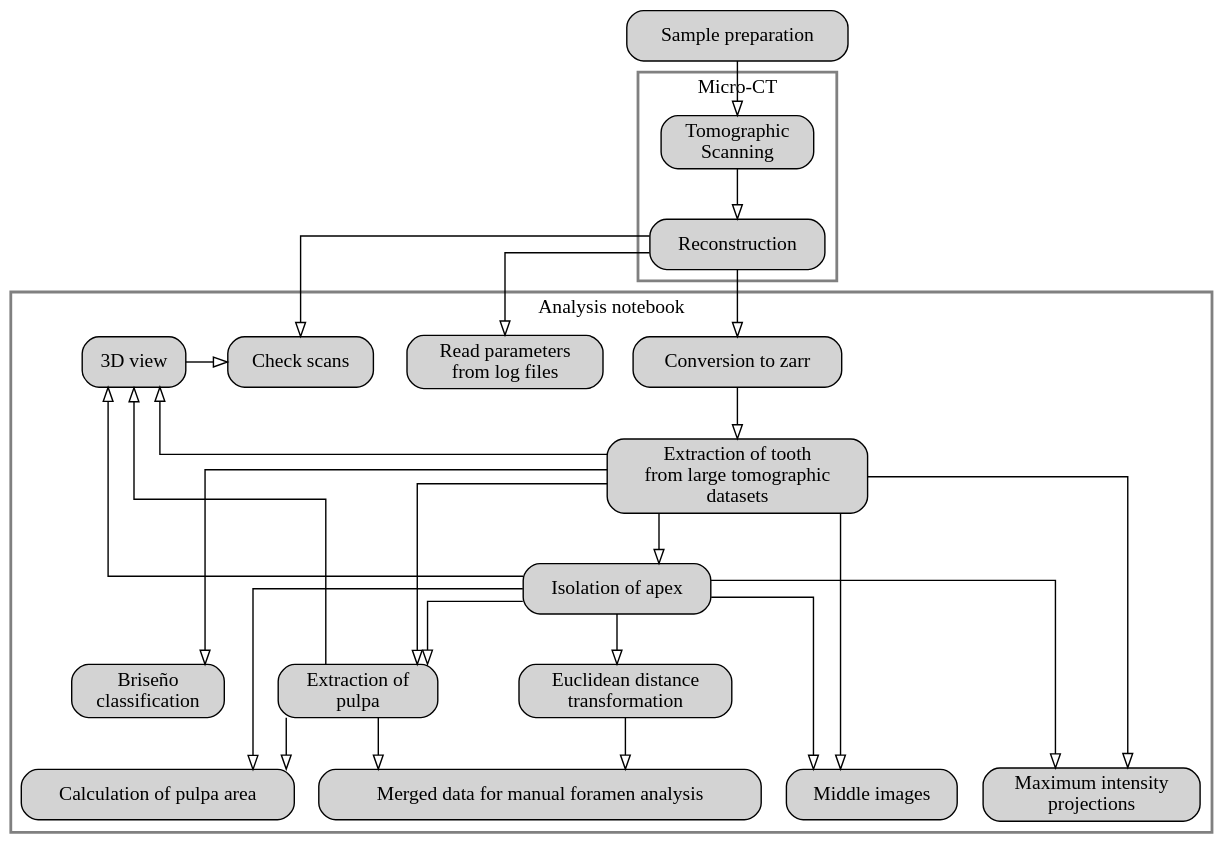
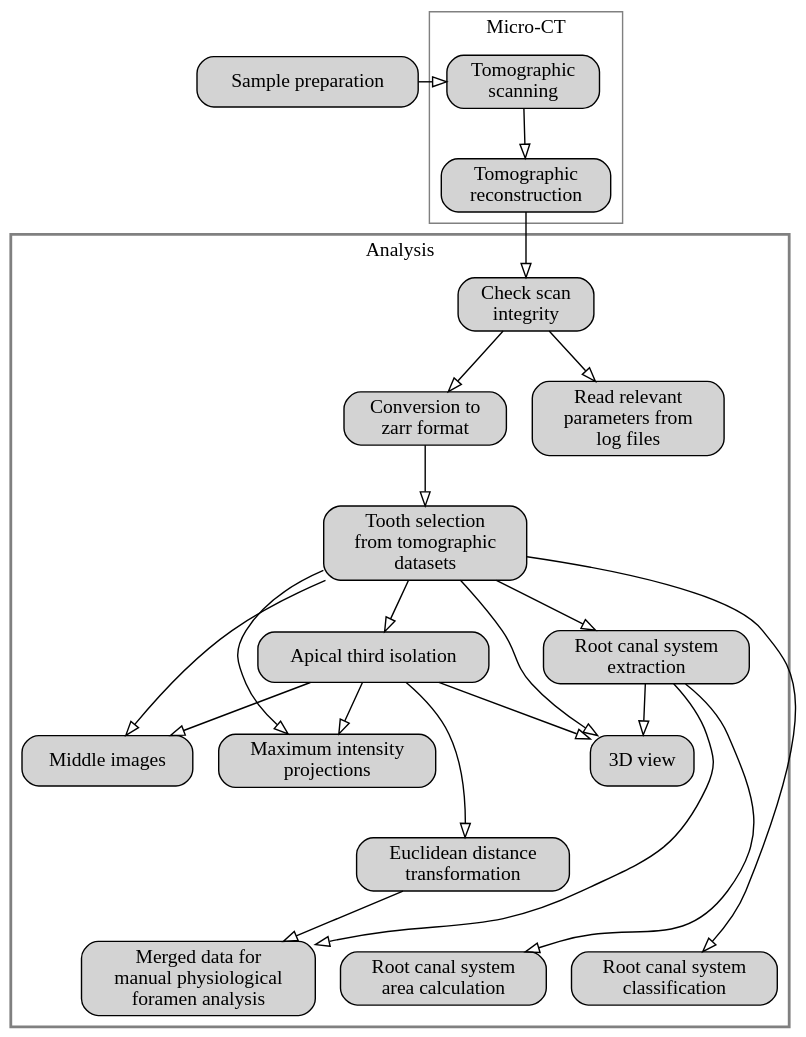
The diagram in content/workflow.dot (habi/zmk-tooth-cohort-method-manuscript), drawn with Graphviz before and after one commit. The commit also changed 2 other files, not shown here.

Commit message:
Add workflow graph
The workflow was requested by Reviewer1.
Let's add it to the manuscript at the beginning of the M&M section.

Fixes #14

```diff
--- a/content/workflow.dot
+++ b/content/workflow.dot
@@ -1,89 +1,107 @@
 # compile to png with
-# dot workflow.dot -Tpng -o workflow.png
+# dot workflow.dot -Tpng -o images/workflow.png
 digraph Workflow {
+    
+    ordering=out  # Order as given in text: https://forum.graphviz.org/t/ordering-nodes-dot/280
 
-    splines=ortho;
+    #splines=false;
+    #splines=ortho;
+    #splines=polyline
     bgcolor=transparent;
-    #newrank=true; # https://stackoverflow.com/a/18410951/323100
+    newrank=true; # https://stackoverflow.com/a/18410951/323100
 
     edge [arrowhead = o];
     node [shape=box, style="rounded,filled"];
 
     prep [label="Sample preparation"];
     
     subgraph cluster_uct {
         label = "Micro-CT";
         color=grey;
-        penwidth=2;
+        #penwidth=2;
         
-        uct [label="Tomographic\nScanning"];
-        reco [label="Reconstruction"];
+        uct [label="Tomographic\nscanning"];
+        reco [label="Tomographic\nreconstruction"];
         
         uct -> reco;
         }
+        
     prep -> uct;
+    {rank=same;prep;uct}
     
     subgraph cluster_analysis {
-        label = "Analysis notebook";
+        label = "Analysis";
         color=grey;
         penwidth=2;
         
-        dask [label="Conversion to zarr"];
-        log [label="Read parameters\nfrom log files"]; 
-        bmp [label="Check scans"];
+        dask [label="Conversion to\nzarr format"];
+        log [label="Read relevant\nparameters from\nlog files"]; 
+        check [label="Check scan\nintegrity"];
+        crop [label="Tooth selection\nfrom tomographic\ndatasets"];
+        pulpa [label="Root canal system\nextraction"];
+        apex [label="Apical third isolation"];        
+        reco -> check -> dask -> crop -> apex;#[constraint=false];
+        check -> log;
+        crop -> pulpa;
+    
+        mid [label="Middle images"];                
+        mip [label="Maximum intensity\nprojections"];        
+        crop -> mid;
+        X [label="", style="invis"];
+        crop -> mip;
+        {rank=same;mip;mid;X;}
+        apex -> mip;#[constraint=false];
+        apex -> mid[constraint=false];
+        briseno [label="Root canal system\nclassification"];
+        crop -> briseno;
+
+        #apex -> pulpa [constraint=false];
+        edt [label="Euclidean distance\ntransformation"];
         
-        reco -> dask -> crop -> mid;        
-        reco -> log[constraint=false];
-        reco -> bmp[constraint=false];
-        
-        {rank=same;dask;log;bmp}
-        
-        crop [label="Extraction of tooth\nfrom large tomographic\ndatasets"];
-        crop -> pulpa;
-        mip  [label="Maximum intensity\nprojections"];        
-        crop -> mip;
-        apex [label="Isolation of apex"];
-        mid  [label="Middle images"];        
-        crop -> apex
-        apex -> mip [constraint=false];
-        apex -> mid [constraint=false];
-        {rank=same;mip;mid;area}
-        
-        briseno [label="Briseño\nclassification"];
-        crop -> briseno;
-        pulpa [label="Extraction of \npulpa"];
-        
-        {rank=same;briseno;pulpa;edt}
-
-        apex -> pulpa [constraint=false];
-        edt [label="Euclidean distance\ntransformation"];        
+        apex -> X -> edt  [style = invis ];
         apex -> edt;
         threed [label="3D view"]
-        crop -> threed[constraint=false];
-        apex -> threed[constraint=false];
-        pulpa -> threed -> bmp[constraint=false];
-        area [label="Calculation of pulpa area"]
+        
+        crop -> threed;#[constraint=false];
+        apex -> threed;#[constraint=false];
+        pulpa -> threed;#[constraint=false];
+        area [label="Root canal system\narea calculation"]
         pulpa -> area;
-        apex -> area;
-        merge [label="Merged data for manual foramen analysis"]
+        #apex -> area;
+        merge [label="Merged data for\nmanual physiological\nforamen analysis"]
         pulpa -> merge;
         edt -> merge;
+        #{rank=same;threed;merge;edt}
+        #{rank=same;briseno;merge;log}
+        
+        #{ rank=max;merge;briseno;}
+        #{ rank=min; crop; }
+        
+        #{rank=same;threed;crop;}
+        #{rank=same;apex;briseno;pulpa;}
+        #{rank=same;dask;log;check}
+        #{rank=same;crop;threed}
+        #{rank=same;apex;pulpa;briseno;}
+        #{rank=same;briseno;pulpa;edt}
+
+        {rank=max;merge;briseno;area;}
+
         }
         
     #subgraph cluster_output {
-    #    color=grey;
-    #    penwidth=2;
-    #    
-    #    disk [label="Save to disk"];
-    #
-    #    log -> disk;
-    #    area -> disk;
-    #    crop -> disk;
-    #    mid -> disk;
-    #    mip -> disk;        
-    #    briseno -> disk;
-    #    pulpa -> disk;
-    #    edt -> disk;
-    #    merge -> disk;
-    #    }
+#        color=grey;
+#        penwidth=2;
+#        
+#        disk [label="Save to disk"];
+#    
+#        log -> disk;
+#        area -> disk;
+#        crop -> disk;
+#        mid -> disk;
+#        mip -> disk;        
+#        briseno -> disk;
+#        pulpa -> disk;
+#        edt -> disk;
+#        merge -> disk;
+#        }
 }
```
